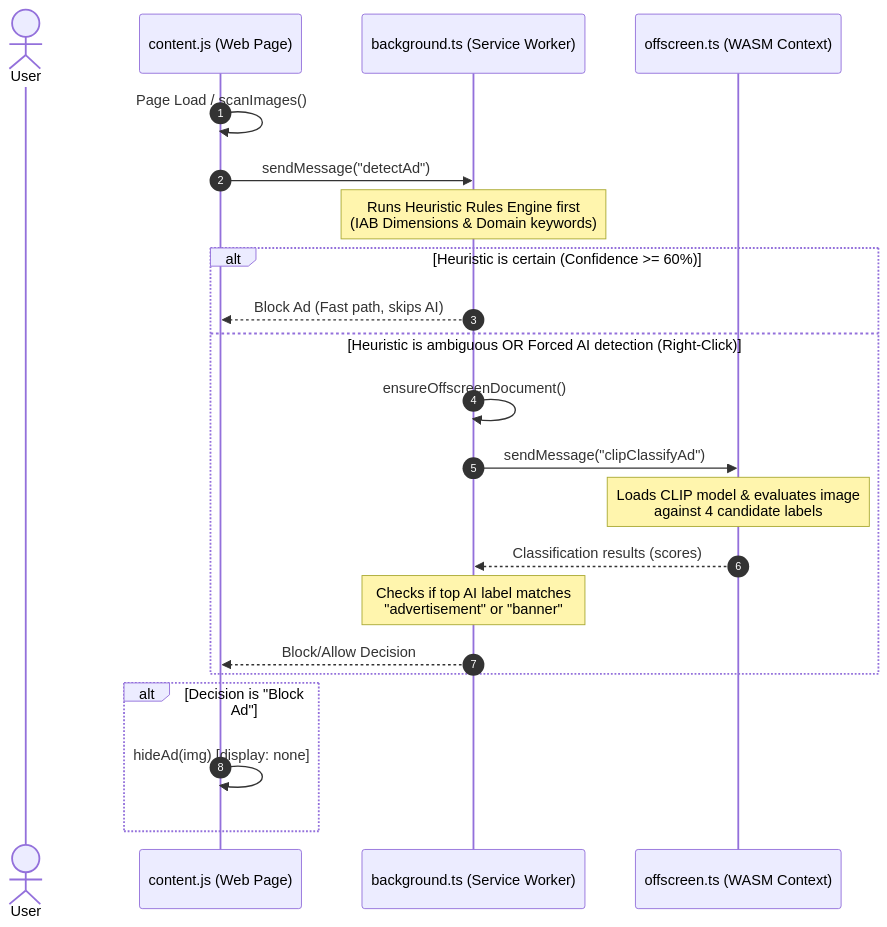
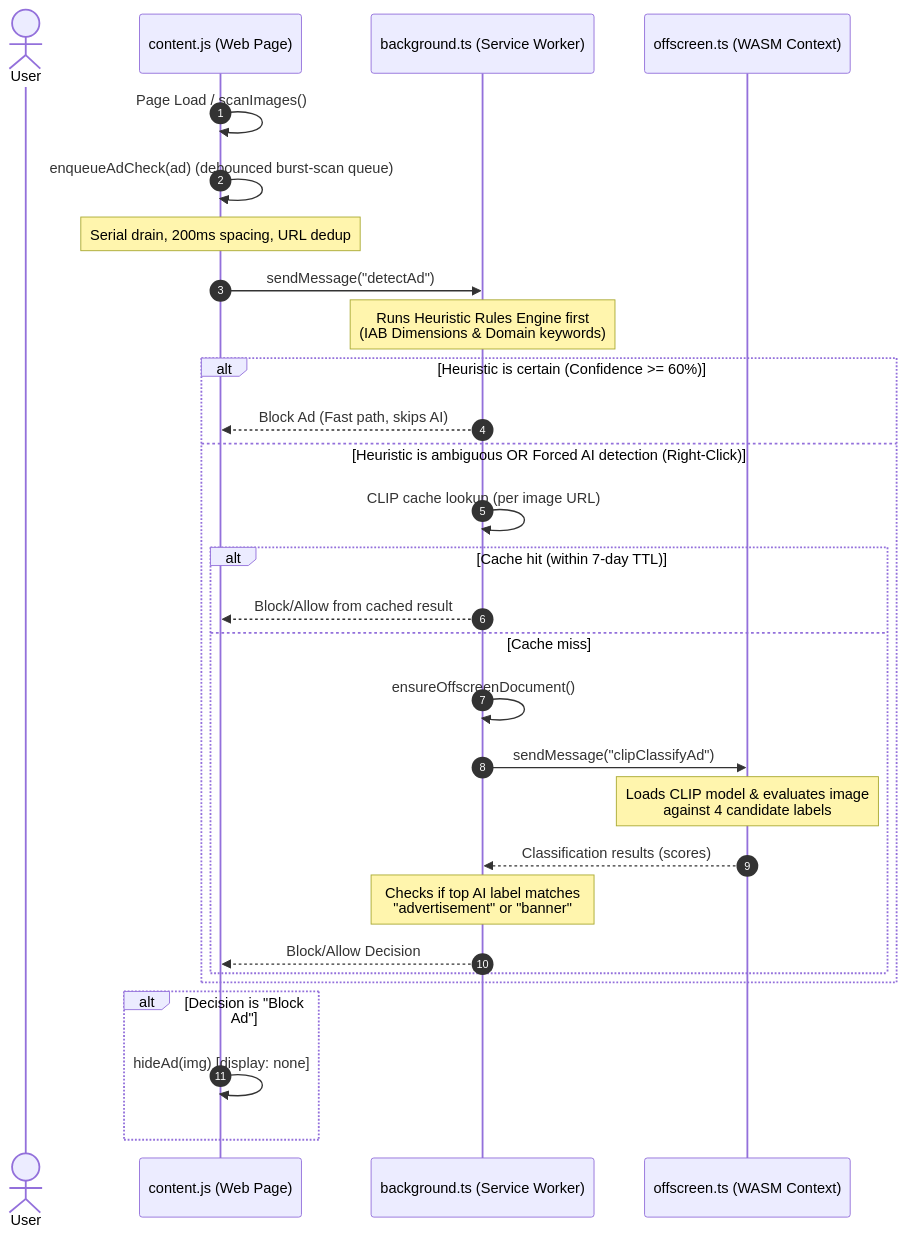
Before and after one commit to dhhieu113pro/adblocker-extension: the diagram in README.md, drawn with Mermaid. The commit also changed other lines of this file and 6 other files, not shown here.

First line of the commit message:
feat: remove video ad skipper, add CLIP cache, scan queue, and DNR blocking

````diff
--- a/README.md
+++ b/README.md
@@ -21,29 +24,36 @@
 ```mermaid
 sequenceDiagram
     autonumber
     actor User
     participant Content as content.js (Web Page)
     participant Background as background.ts (Service Worker)
     participant Offscreen as offscreen.ts (WASM Context)
 
     Content->>Content: Page Load / scanImages()
+    Content->>Content: enqueueAdCheck(ad) (debounced burst-scan queue)
+    Note over Content: Serial drain, 200ms spacing, URL dedup
     Content->>Background: sendMessage("detectAd")
     Note over Background: Runs Heuristic Rules Engine first<br/>(IAB Dimensions & Domain keywords)
     
     alt Heuristic is certain (Confidence >= 60%)
         Background-->>Content: Block Ad (Fast path, skips AI)
     else Heuristic is ambiguous OR Forced AI detection (Right-Click)
-        Background->>Background: ensureOffscreenDocument()
-        Background->>Offscreen: sendMessage("clipClassifyAd")
-        
-        Note over Offscreen: Loads CLIP model & evaluates image<br/>against 4 candidate labels
-        Offscreen-->>Background: Classification results (scores)
-        
-        Note over Background: Checks if top AI label matches<br/>"advertisement" or "banner"
-        Background-->>Content: Block/Allow Decision
+        Background->>Background: CLIP cache lookup (per image URL)
+        alt Cache hit (within 7-day TTL)
+            Background-->>Content: Block/Allow from cached result
+        else Cache miss
+            Background->>Background: ensureOffscreenDocument()
+            Background->>Offscreen: sendMessage("clipClassifyAd")
+            
+            Note over Offscreen: Loads CLIP model & evaluates image<br/>against 4 candidate labels
+            Offscreen-->>Background: Classification results (scores)
+            
+            Note over Background: Checks if top AI label matches<br/>"advertisement" or "banner"
+            Background-->>Content: Block/Allow Decision
+        end
     end
     
     alt Decision is "Block Ad"
         Content->>Content: hideAd(img) [display: none]
     end
 ```
````
